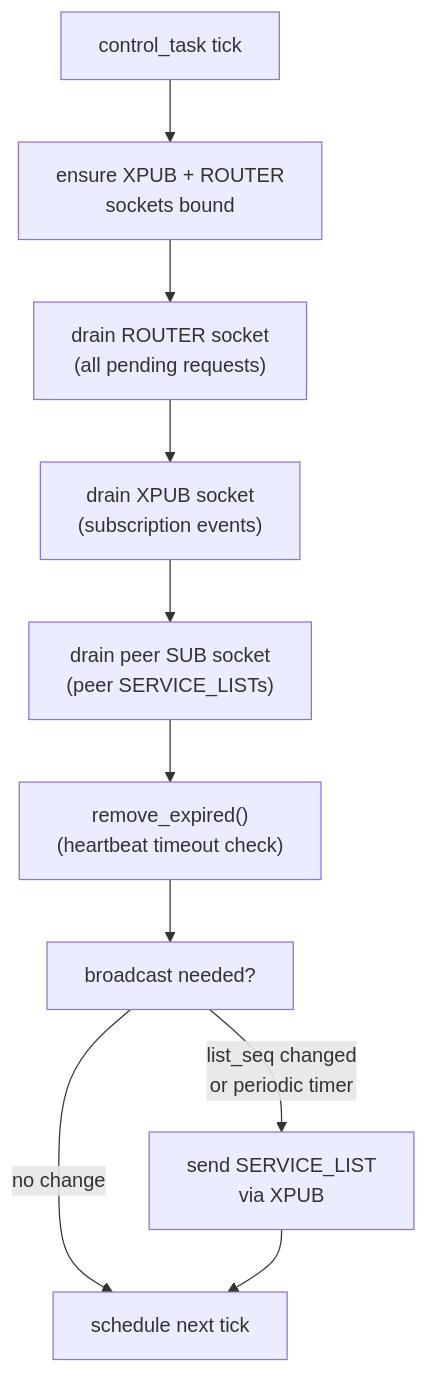
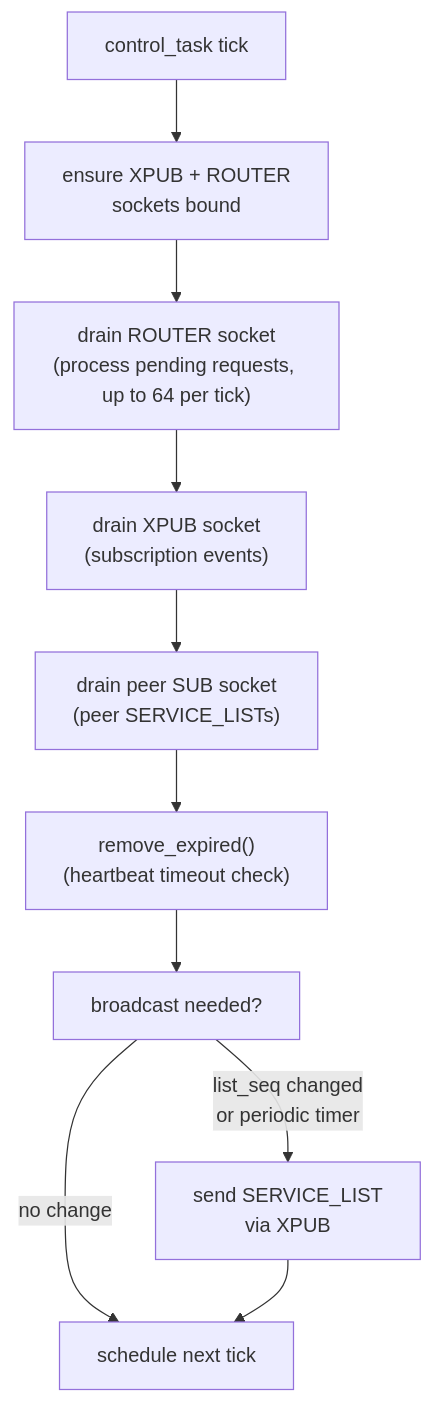
The eighth of 9 diagrams in core/doc/internals/registry-internals.md (kairos-code-dev/zlink), drawn with Mermaid before and after one commit. The commit also changed other lines of this file, not shown here.

````diff
--- a/core/doc/internals/registry-internals.md
+++ b/core/doc/internals/registry-internals.md
@@ -281,12 +282,12 @@
 ```mermaid
 flowchart TD
     tick["control_task tick"] --> ensure["ensure XPUB + ROUTER<br/>sockets bound"]
-    ensure --> drain_router["drain ROUTER socket<br/>(all pending requests)"]
+    ensure --> drain_router["drain ROUTER socket<br/>(process pending requests, up to 64 per tick)"]
     drain_router --> drain_xpub["drain XPUB socket<br/>(subscription events)"]
     drain_xpub --> drain_peer["drain peer SUB socket<br/>(peer SERVICE_LISTs)"]
     drain_peer --> expire["remove_expired()<br/>(heartbeat timeout check)"]
     expire --> decide["broadcast needed?"]
     decide -->|"list_seq changed<br/>or periodic timer"| broadcast["send SERVICE_LIST<br/>via XPUB"]
     decide -->|"no change"| schedule["schedule next tick"]
     broadcast --> schedule
 ```
````
